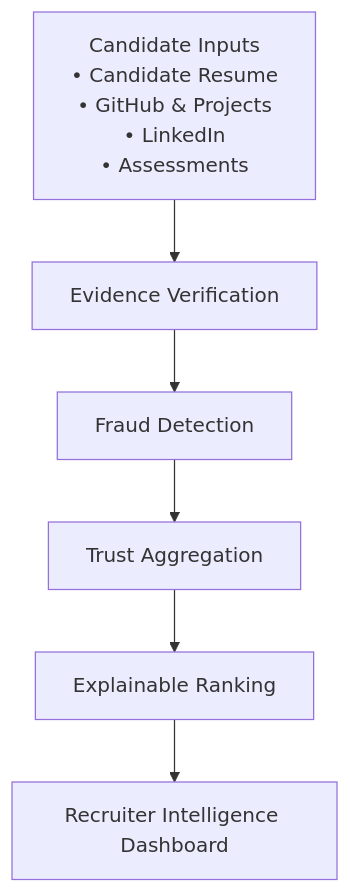
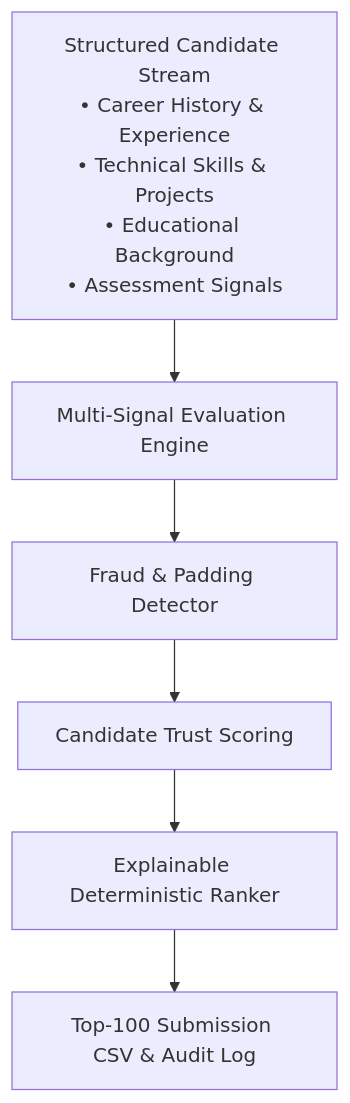
The second of 2 diagrams in README.md (Anub-356/TalentForge-AI), drawn with Mermaid before and after one commit. The commit also changed other lines of this file, not shown here.

Commit message:
docs: finalize README with product summary, Mermaid LR flow, Core Features checklist, and precise offline trust scoring terminology

````diff
--- a/README.md
+++ b/README.md
@@ -33,8 +51,8 @@
 ```mermaid
 flowchart TD
-    Inputs["Candidate Inputs<br/>• Candidate Resume<br/>• GitHub & Projects<br/>• LinkedIn<br/>• Assessments"] --> EV["Evidence Verification"]
-    EV --> FD["Fraud Detection"]
-    FD --> TA["Trust Aggregation"]
-    TA --> ER["Explainable Ranking"]
-    ER --> RI["Recruiter Intelligence Dashboard"]
+    Inputs["Structured Candidate Stream<br/>• Career History & Experience<br/>• Technical Skills & Projects<br/>• Educational Background<br/>• Assessment Signals"] --> Eval["Multi-Signal Evaluation Engine"]
+    Eval --> Fraud["Fraud & Padding Detector"]
+    Fraud --> Trust["Candidate Trust Scoring"]
+    Trust --> Rank["Explainable Deterministic Ranker"]
+    Rank --> Output["Top-100 Submission CSV & Audit Log"]
 ```
````
